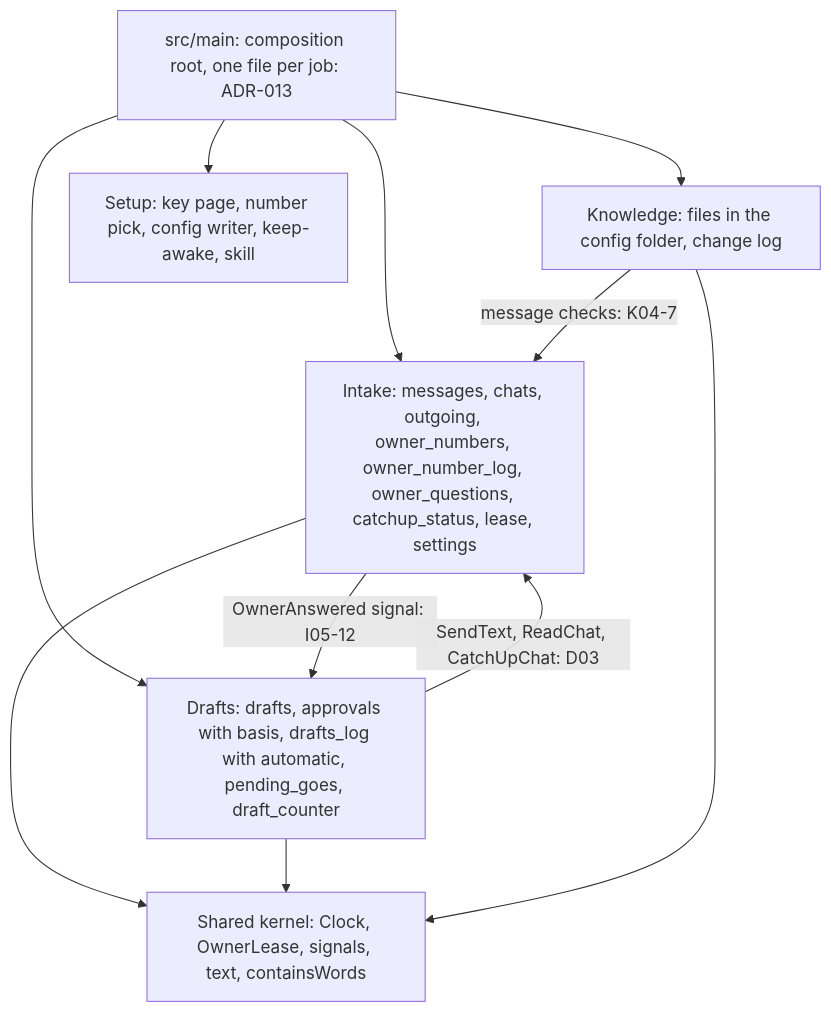
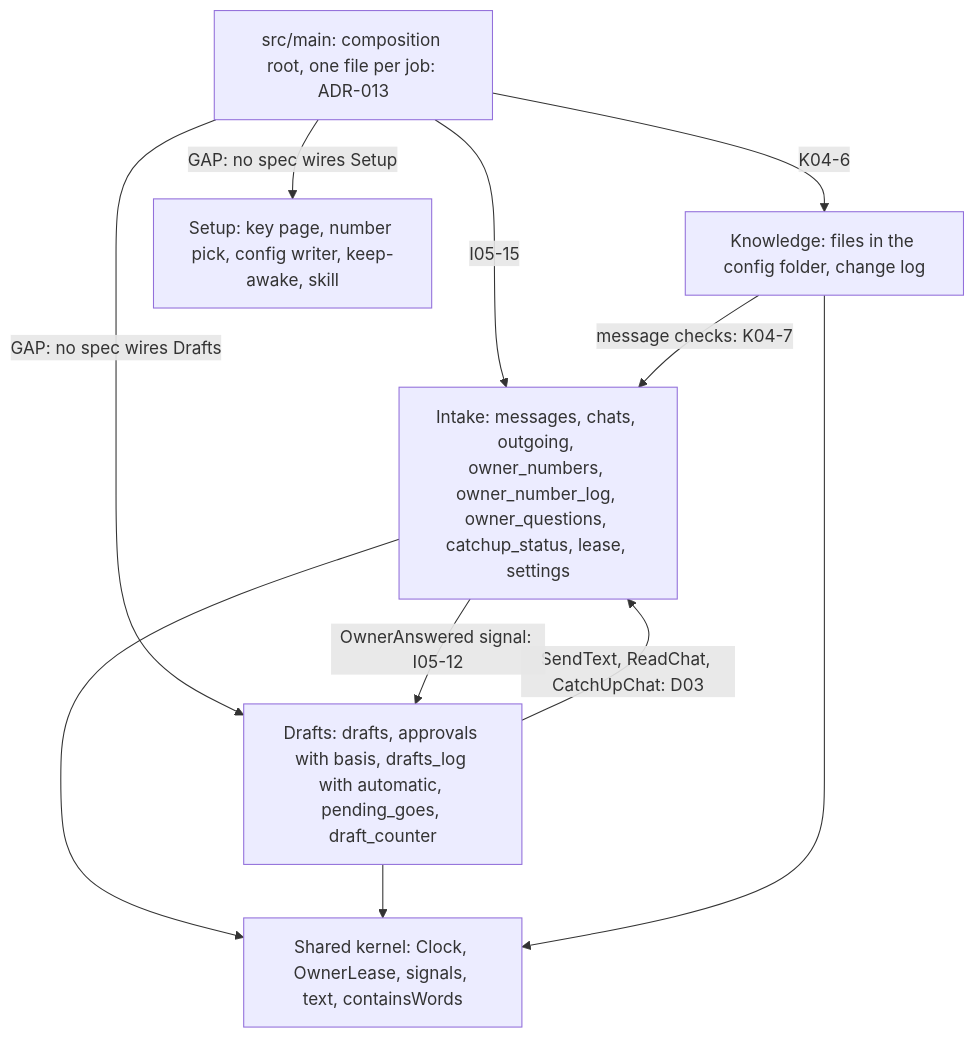
One commit to antonygiomarxdev/deputy changed the second of 15 diagrams in docs/tp-detail/TP-pilot-end-to-end.md. Above: the diagram before and after it, drawn with Mermaid. The commit also changed other lines of this file, not shown here.

Commit message:
docs: restart before adoption, GAP marks for wiring, always-ask, counts and consent

````diff
--- a/docs/tp-detail/TP-pilot-end-to-end.md
+++ b/docs/tp-detail/TP-pilot-end-to-end.md
@@ -61,19 +61,19 @@
 ```mermaid
 flowchart TD
   Root["src/main: composition root, one file per job: ADR-013"]
   Intake["Intake: messages, chats, outgoing, owner_numbers, owner_number_log, owner_questions, catchup_status, lease, settings"]
   Drafts["Drafts: drafts, approvals with basis, drafts_log with automatic, pending_goes, draft_counter"]
   Know["Knowledge: files in the config folder, change log"]
   Setup["Setup: key page, number pick, config writer, keep-awake, skill"]
   Shared["Shared kernel: Clock, OwnerLease, signals, text, containsWords"]
-  Root --> Intake
-  Root --> Drafts
-  Root --> Know
-  Root --> Setup
+  Root -->|"I05-15"| Intake
+  Root -->|"GAP: no spec wires Drafts"| Drafts
+  Root -->|"K04-6"| Know
+  Root -->|"GAP: no spec wires Setup"| Setup
   Drafts -->|"SendText, ReadChat, CatchUpChat: D03"| Intake
   Intake -->|"OwnerAnswered signal: I05-12"| Drafts
   Know -->|"message checks: K04-7"| Intake
   Intake --> Shared
   Drafts --> Shared
   Know --> Shared
 ```
````
